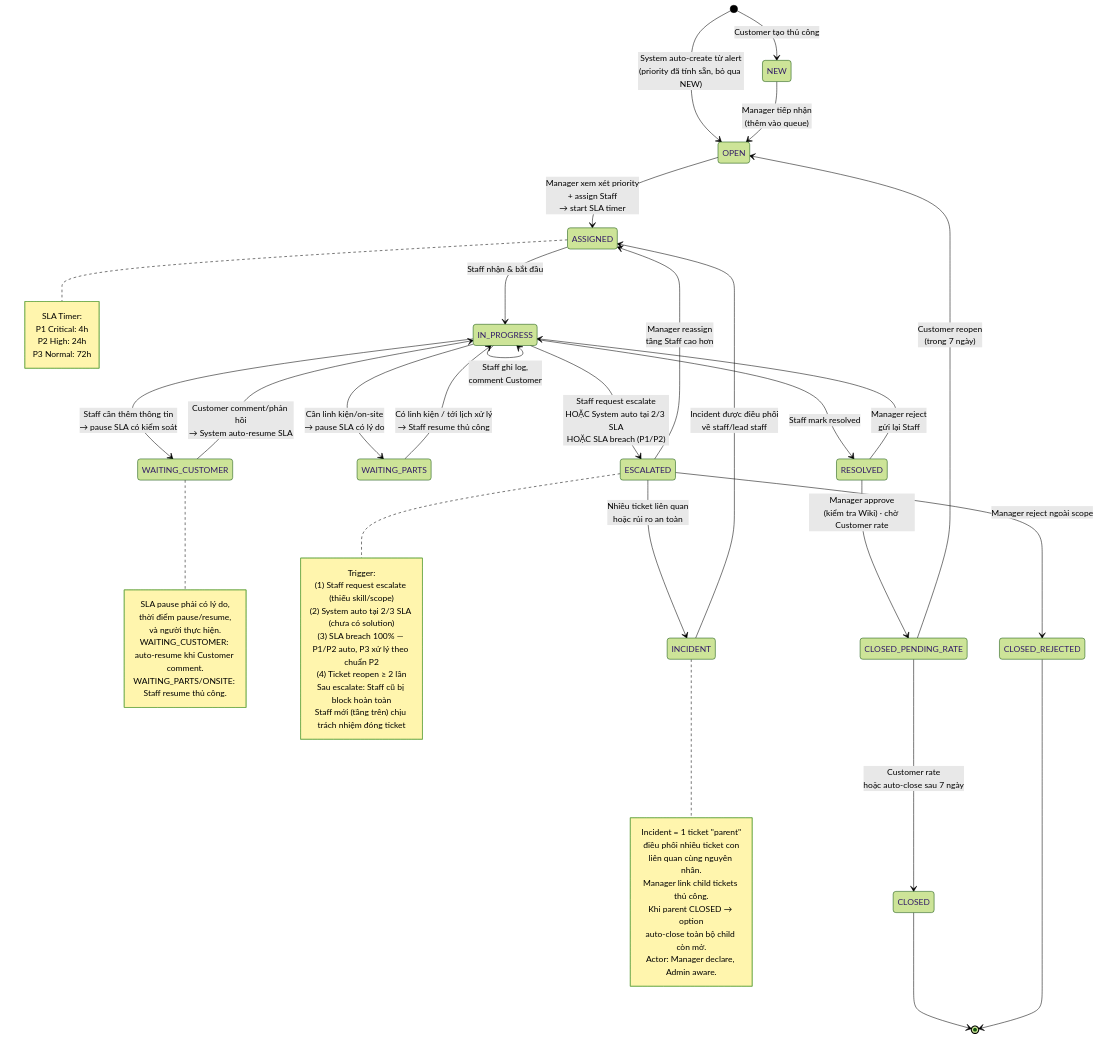
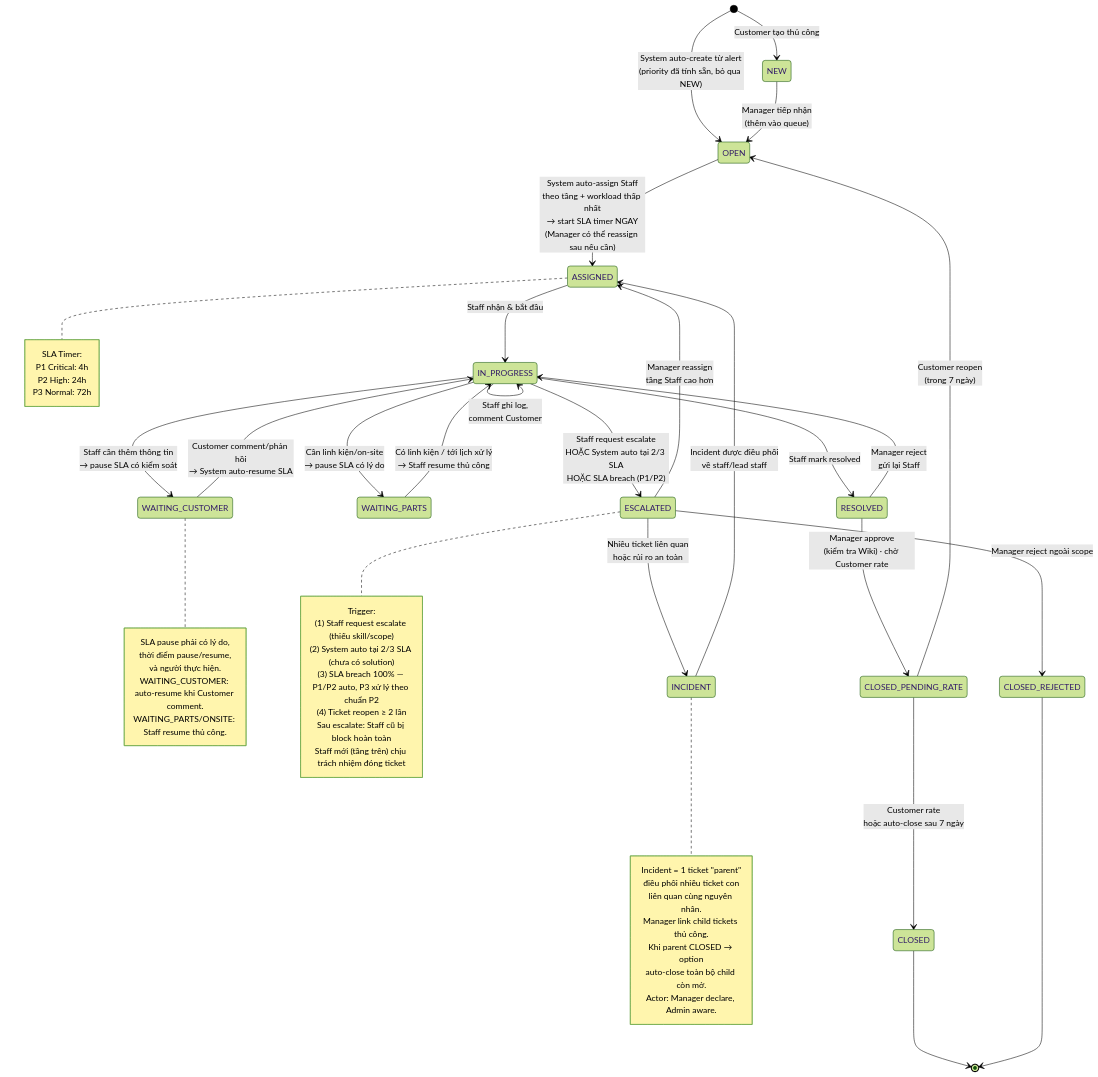
The third of 8 diagrams in .claude/docs/core-business-flow.md (GSU26SE55/ai-module), drawn with Mermaid (forest theme) before and after one commit. The commit also changed other lines of this file and 13 other files, not shown here.

````diff
--- a/.claude/docs/core-business-flow.md
+++ b/.claude/docs/core-business-flow.md
@@ -244,68 +248,68 @@
 ```mermaid
 stateDiagram-v2
     [*] --> NEW : Customer tạo thủ công
     [*] --> OPEN : System auto-create từ alert<br/>(priority đã tính sẵn, bỏ qua NEW)
 
     NEW --> OPEN : Manager tiếp nhận<br/>(thêm vào queue)
-    OPEN --> ASSIGNED : Manager xem xét priority<br/>+ assign Staff<br/>→ start SLA timer
+    OPEN --> ASSIGNED : System auto-assign Staff<br/>theo tầng + workload thấp nhất<br/>→ start SLA timer NGAY<br/>(Manager có thể reassign sau nếu cần)
 
     ASSIGNED --> IN_PROGRESS : Staff nhận & bắt đầu
     IN_PROGRESS --> IN_PROGRESS : Staff ghi log,<br/>comment Customer
 
     IN_PROGRESS --> WAITING_CUSTOMER : Staff cần thêm thông tin<br/>→ pause SLA có kiểm soát
     WAITING_CUSTOMER --> IN_PROGRESS : Customer comment/phản hồi<br/>→ System auto-resume SLA
     IN_PROGRESS --> WAITING_PARTS : Cần linh kiện/on-site<br/>→ pause SLA có lý do
     WAITING_PARTS --> IN_PROGRESS : Có linh kiện / tới lịch xử lý<br/>→ Staff resume thủ công
 
     IN_PROGRESS --> RESOLVED : Staff mark resolved
     IN_PROGRESS --> ESCALATED : Staff request escalate<br/>HOẶC System auto tại 2/3 SLA<br/>HOẶC SLA breach (P1/P2)
 
     ESCALATED --> ASSIGNED : Manager reassign<br/>tầng Staff cao hơn
     ESCALATED --> INCIDENT : Nhiều ticket liên quan<br/>hoặc rủi ro an toàn
     ESCALATED --> CLOSED_REJECTED : Manager reject ngoài scope
 
     INCIDENT --> ASSIGNED : Incident được điều phối<br/>về staff/lead staff
 
     RESOLVED --> CLOSED_PENDING_RATE : Manager approve<br/>(kiểm tra Wiki) · chờ Customer rate
     CLOSED_PENDING_RATE --> CLOSED : Customer rate<br/>hoặc auto-close sau 7 ngày
     RESOLVED --> IN_PROGRESS : Manager reject<br/>gửi lại Staff
     CLOSED_PENDING_RATE --> OPEN : Customer reopen<br/>(trong 7 ngày)
 
     CLOSED --> [*]
     CLOSED_REJECTED --> [*]
 
     note right of ASSIGNED
         SLA Timer:
         P1 Critical: 4h
         P2 High: 24h
         P3 Normal: 72h
     end note
 
     note right of WAITING_CUSTOMER
         SLA pause phải có lý do,
         thời điểm pause/resume,
         và người thực hiện.
         WAITING_CUSTOMER: auto-resume khi Customer comment.
         WAITING_PARTS/ONSITE: Staff resume thủ công.
     end note
 
     note right of ESCALATED
         Trigger:
         (1) Staff request escalate (thiếu skill/scope)
         (2) System auto tại 2/3 SLA (chưa có solution)
         (3) SLA breach 100% — P1/P2 auto, P3 xử lý theo chuẩn P2
         (4) Ticket reopen ≥ 2 lần
         Sau escalate: Staff cũ bị block hoàn toàn
         Staff mới (tầng trên) chịu trách nhiệm đóng ticket
     end note
 
     note right of INCIDENT
         Incident = 1 ticket "parent"
         điều phối nhiều ticket con
         liên quan cùng nguyên nhân.
         Manager link child tickets thủ công.
         Khi parent CLOSED → option
         auto-close toàn bộ child còn mở.
         Actor: Manager declare, Admin aware.
     end note
 ```
````
